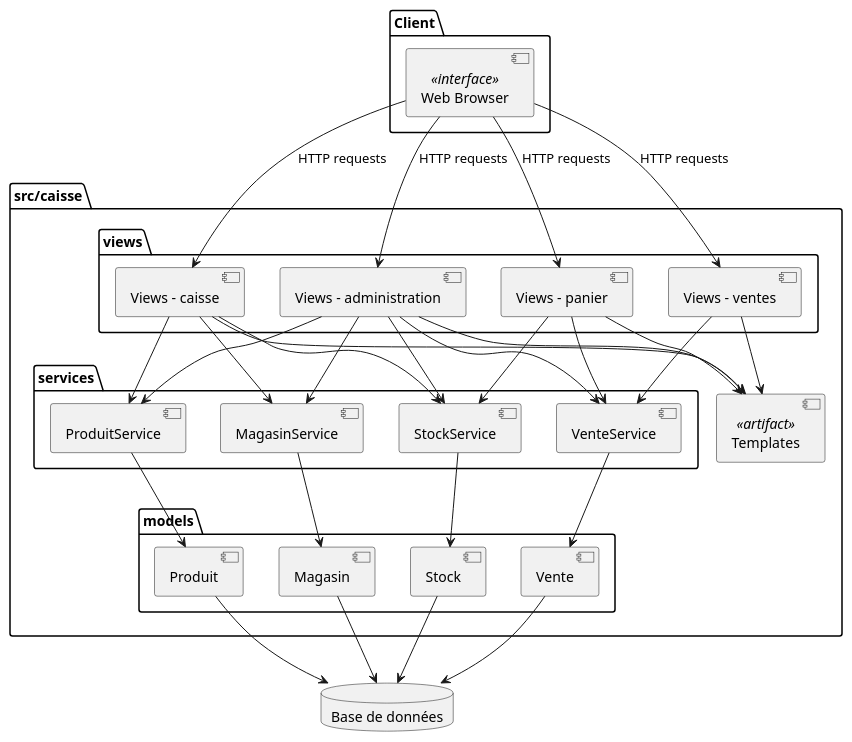
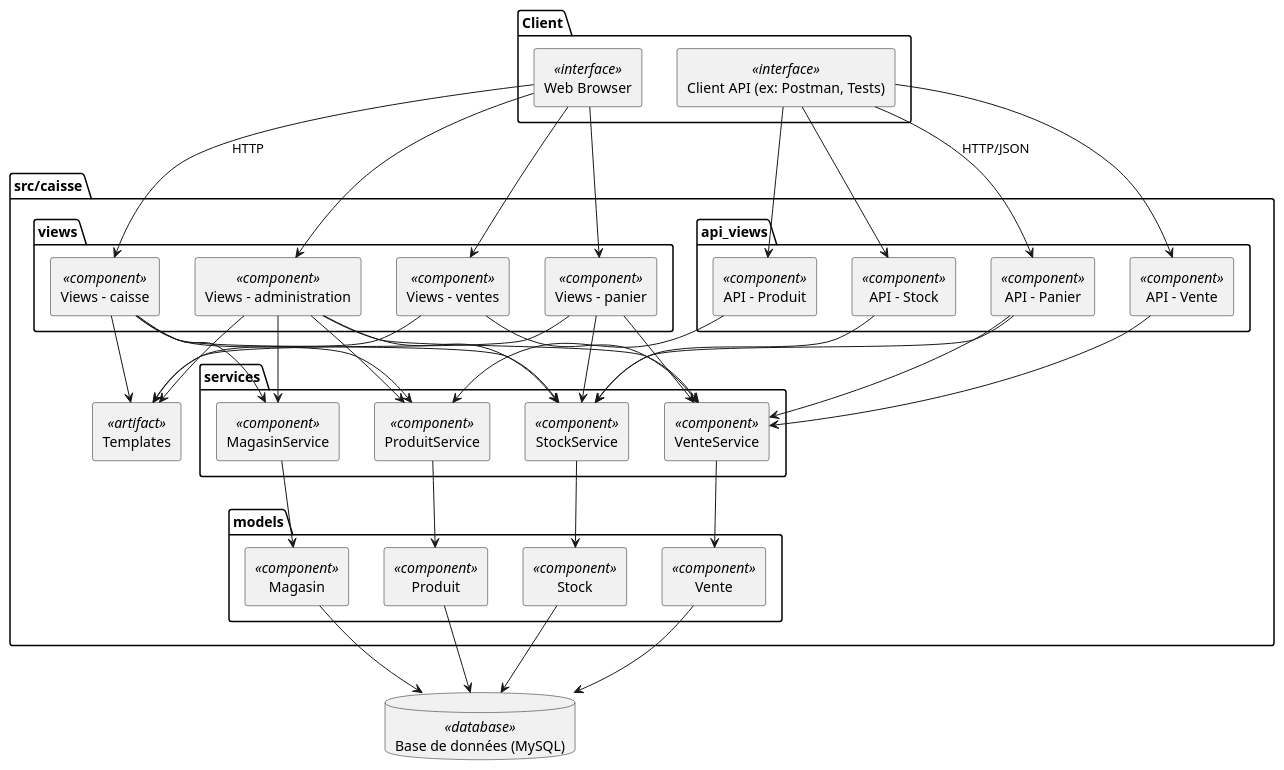
The diagram in docs/UML/diagrammeCOmposantsVueDeveloppement.puml (CedricBosseETS/Lab0_CedricBosse), drawn with PlantUML before and after one commit. The commit also changed 7 other files, not shown here.

```diff
--- a/docs/UML/diagrammeCOmposantsVueDeveloppement.puml
+++ b/docs/UML/diagrammeCOmposantsVueDeveloppement.puml
@@ -1,72 +1,97 @@
 @startuml
-' Définition des composants principaux
+skinparam componentStyle rectangle
 
 package "Client" {
   [Web Browser] <<interface>>
+  [Client API (ex: Postman, Tests)] <<interface>>
 }
 
 package "src/caisse" {
-  
+
   package "views" {
-    [Views - caisse] 
-    [Views - administration]
-    [Views - panier]
-    [Views - ventes]
+    [Views - caisse] <<component>>
+    [Views - administration] <<component>>
+    [Views - panier] <<component>>
+    [Views - ventes] <<component>>
+  }
+
+  package "api_views" {
+    [API - Panier] <<component>>
+    [API - Vente] <<component>>
+    [API - Stock] <<component>>
+    [API - Produit] <<component>>
   }
 
   package "services" {
-    [ProduitService]
-    [StockService]
-    [VenteService]
-    [MagasinService]
+    [ProduitService] <<component>>
+    [StockService] <<component>>
+    [VenteService] <<component>>
+    [MagasinService] <<component>>
   }
 
   package "models" {
-    [Produit]
-    [Magasin]
-    [Vente]
-    [Stock]
+    [Produit] <<component>>
+    [Magasin] <<component>>
+    [Vente] <<component>>
+    [Stock] <<component>>
   }
 
   [Templates] <<artifact>>
 }
 
-database "Base de données" as DB
+database "Base de données (MySQL)" as DB <<database>>
 
-' Relations entre composants
+' Relations UI - Views
+[Web Browser] --> [Views - caisse] : HTTP
+[Web Browser] --> [Views - administration]
+[Web Browser] --> [Views - panier]
+[Web Browser] --> [Views - ventes]
 
-[Web Browser] --> [Views - caisse] : HTTP requests
-[Web Browser] --> [Views - administration] : HTTP requests
-[Web Browser] --> [Views - panier] : HTTP requests
-[Web Browser] --> [Views - ventes] : HTTP requests
+' Relations API
+[Client API (ex: Postman, Tests)] --> [API - Panier] : HTTP/JSON
+[Client API (ex: Postman, Tests)] --> [API - Vente]
+[Client API (ex: Postman, Tests)] --> [API - Stock]
+[Client API (ex: Postman, Tests)] --> [API - Produit]
 
+' Views -> Services
 [Views - caisse] --> [ProduitService]
 [Views - caisse] --> [StockService]
 [Views - caisse] --> [MagasinService]
 
 [Views - administration] --> [MagasinService]
 [Views - administration] --> [VenteService]
 [Views - administration] --> [ProduitService]
 [Views - administration] --> [StockService]
 
 [Views - panier] --> [StockService]
 [Views - panier] --> [VenteService]
 
 [Views - ventes] --> [VenteService]
 
+' API -> Services
+[API - Panier] --> [StockService]
+[API - Panier] --> [VenteService]
+
+[API - Vente] --> [VenteService]
+[API - Stock] --> [StockService]
+[API - Produit] --> [ProduitService]
+
+' Templates
 [Views - caisse] --> [Templates]
 [Views - administration] --> [Templates]
 [Views - panier] --> [Templates]
 [Views - ventes] --> [Templates]
 
+' Services -> Models
 [ProduitService] --> [Produit]
 [StockService] --> [Stock]
 [VenteService] --> [Vente]
 [MagasinService] --> [Magasin]
 
+' Models -> DB
 [Produit] --> DB
 [Magasin] --> DB
 [Vente] --> DB
 [Stock] --> DB
 
 @enduml
```
